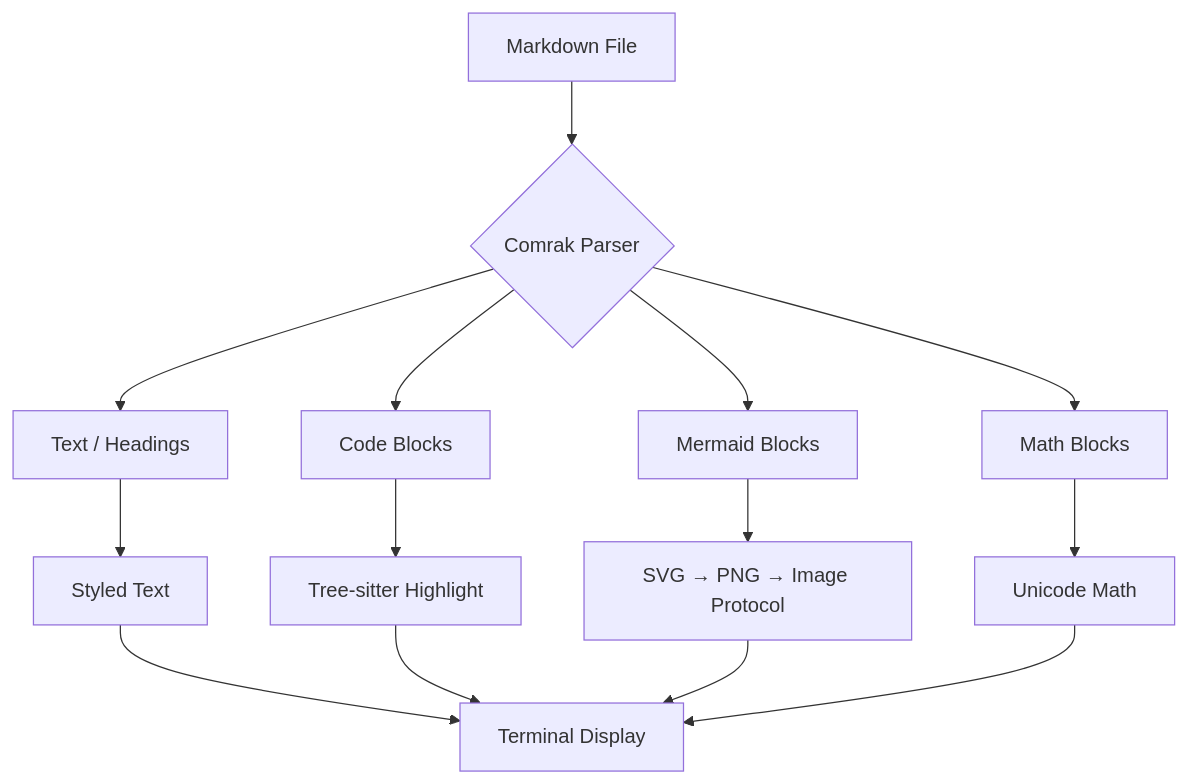
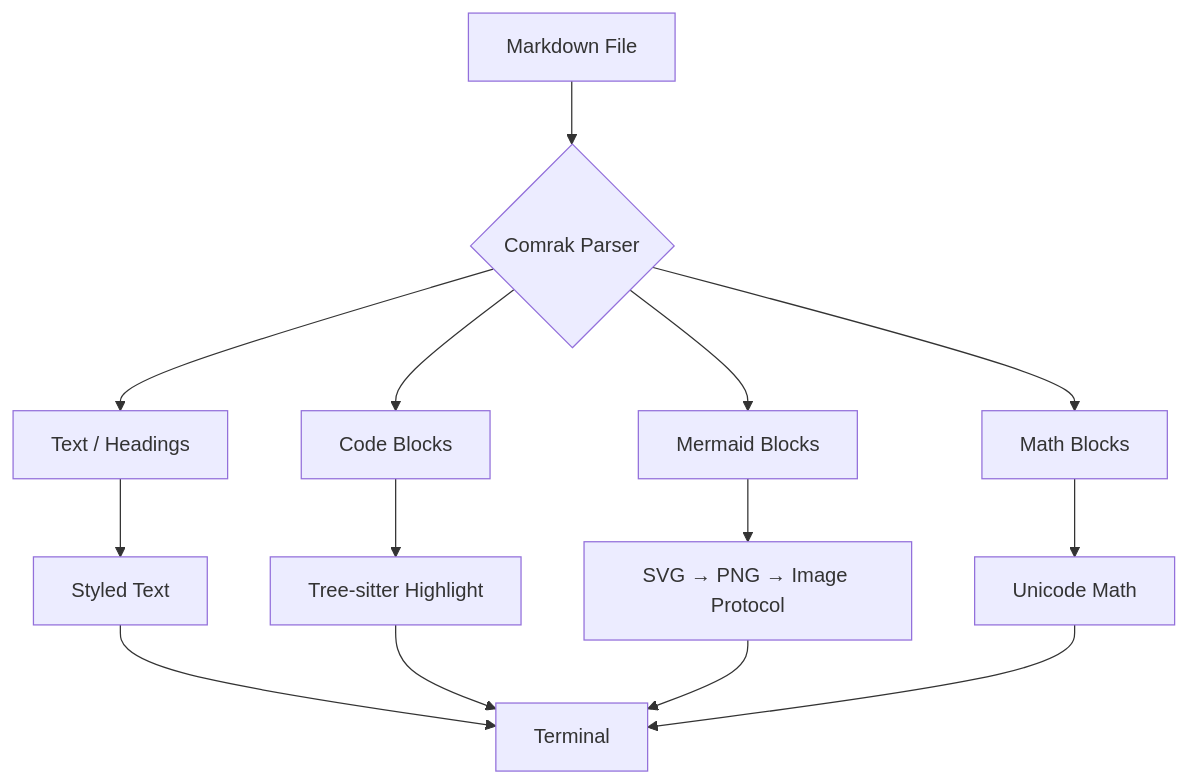
One commit to subinium/terminal-markdown-preview changed the first of 2 diagrams in README.md. Above: the diagram before and after it, drawn with Mermaid. The commit also changed other lines of this file and 2 other files, not shown here.

````diff
--- a/README.md
+++ b/README.md
@@ -124,16 +90,16 @@
 ```mermaid
 flowchart TD
     A[Markdown File] --> B{Comrak Parser}
     B --> C[Text / Headings]
     B --> D[Code Blocks]
     B --> E[Mermaid Blocks]
     B --> F[Math Blocks]
     C --> G[Styled Text]
     D --> H[Tree-sitter Highlight]
     E --> I[SVG → PNG → Image Protocol]
     F --> J[Unicode Math]
-    G --> K[Terminal Display]
+    G --> K[Terminal]
     H --> K
     I --> K
     J --> K
 ```
````
